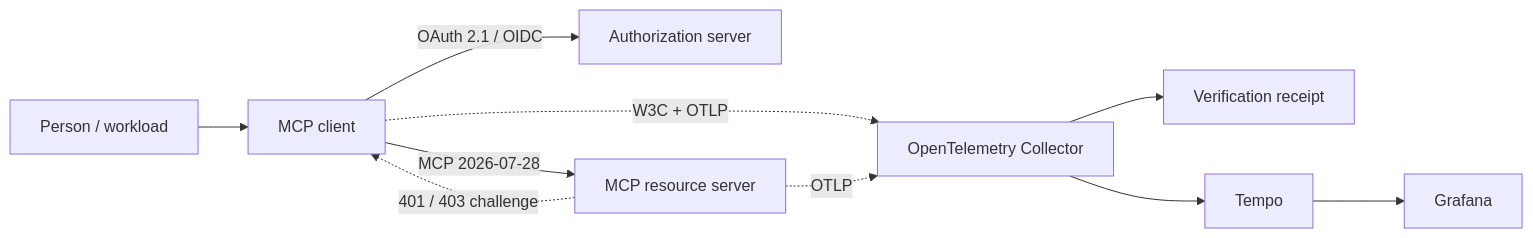
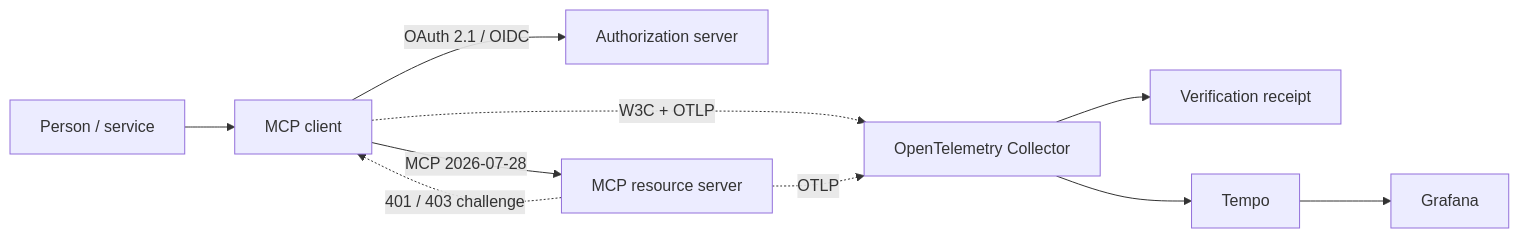
One commit to brunovicco/mcp-client-auth-template changed the first of 2 diagrams in docs/ARCHITECTURE.md. Above: the diagram before and after it, drawn with Mermaid. The commit also changed other lines of this file and 61 other files, not shown here.

First line of the commit message:
feat: MCP 2.2 client authorization profiles and v0.7.0 pair compatibility (#36)

````diff
--- a/docs/ARCHITECTURE.md
+++ b/docs/ARCHITECTURE.md
@@ -82,13 +94,13 @@
 ```mermaid
 flowchart LR
-    Actor["Person / workload"] --> Client["MCP client"]
+    Actor["Person / service"] --> Client["MCP client"]
     Client -->|"OAuth 2.1 / OIDC"| AS["Authorization server"]
     Client -->|"MCP 2026-07-28"| Server["MCP resource server"]
     Server -.->|"401 / 403 challenge"| Client
 
     Client -.->|"W3C + OTLP"| Collector["OpenTelemetry Collector"]
     Server -.->|"OTLP"| Collector
     Collector --> Receipt["Verification receipt"]
     Collector --> Tempo["Tempo"]
     Tempo --> Grafana["Grafana"]
 ```
````
